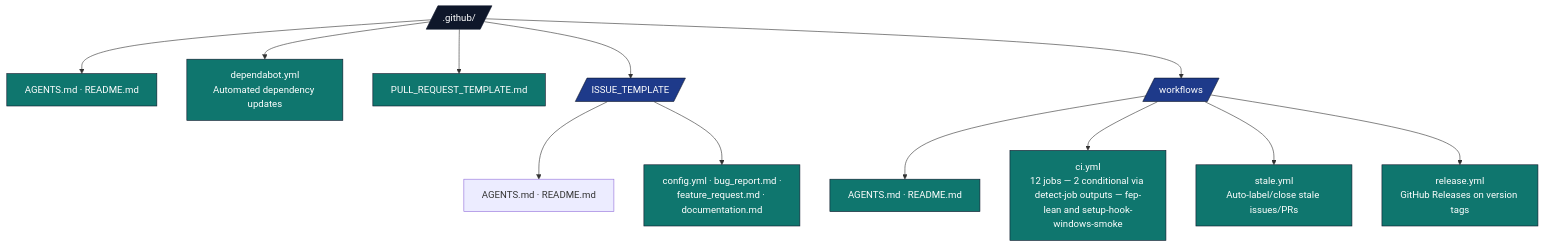
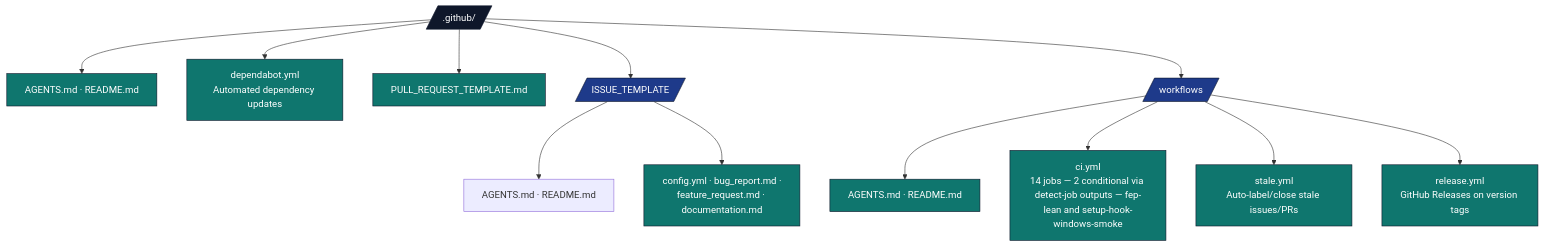
The diagram in .github/AGENTS.md (docxology/template), drawn with Mermaid before and after one commit. The commit also changed other lines of this file and 25 other files, not shown here.

````diff
--- a/.github/AGENTS.md
+++ b/.github/AGENTS.md
@@ -24,24 +24,24 @@
 ```mermaid
 flowchart TB
     GH[/.github//]
     GH --> META[AGENTS.md · README.md]
     GH --> DEP[dependabot.yml<br/>Automated dependency updates]
     GH --> PRT[PULL_REQUEST_TEMPLATE.md]
     GH --> ITPL[/ISSUE_TEMPLATE/]
     GH --> WF[/workflows/]
 
     ITPL --> ITPL_DOCS[AGENTS.md · README.md]
     ITPL --> ITPL_F[config.yml · bug_report.md ·<br/>feature_request.md · documentation.md]
 
     WF --> WF_DOCS[AGENTS.md · README.md]
-    WF --> WF_CI[ci.yml<br/>12 jobs — 2 conditional via detect-job outputs — fep-lean and setup-hook-windows-smoke]
+    WF --> WF_CI[ci.yml<br/>14 jobs — 2 conditional via detect-job outputs — fep-lean and setup-hook-windows-smoke]
     WF --> WF_STALE[stale.yml<br/>Auto-label/close stale issues/PRs]
     WF --> WF_REL[release.yml<br/>GitHub Releases on version tags]
 
     classDef d fill:#0f172a,stroke:#0f172a,color:#fff
     classDef pkg fill:#1e3a8a,stroke:#0f172a,color:#fff
     classDef f fill:#0f766e,stroke:#0f172a,color:#fff
     class GH d
     class ITPL,WF pkg
     class META,DEP,PRT,ITPL_F,WF_DOCS,WF_CI,WF_STALE,WF_REL f
 ```
````
